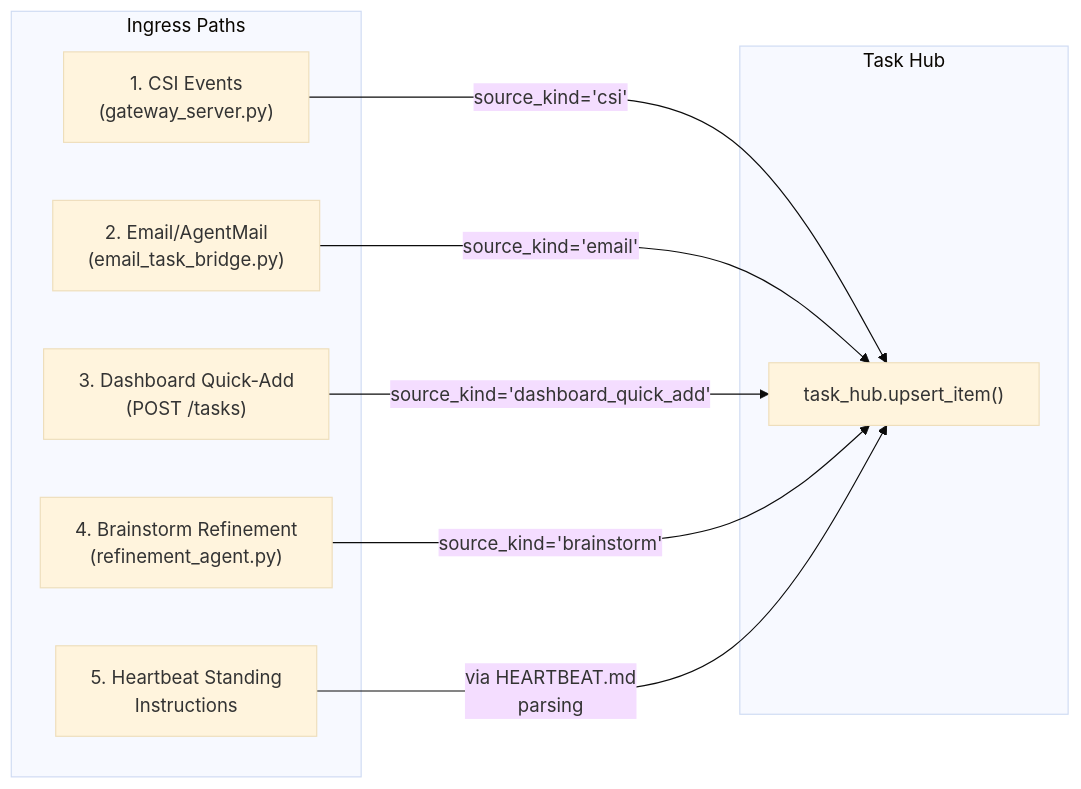
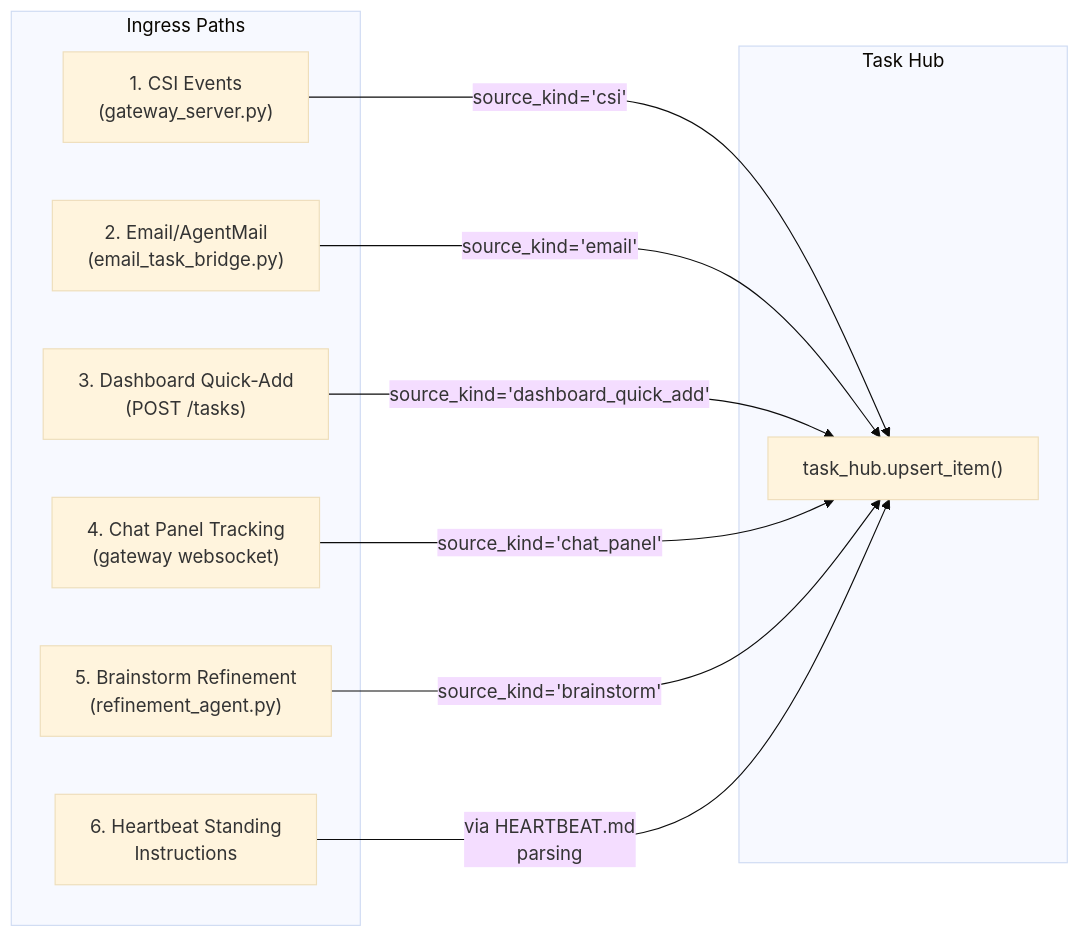
The third of 13 diagrams in docs/02_Subsystems/Proactive_Pipeline.md (Kjdragan/universal_agent), drawn with Mermaid (base theme) before and after one commit. The commit also changed other lines of this file and 9 other files, not shown here.

````diff
--- a/docs/02_Subsystems/Proactive_Pipeline.md
+++ b/docs/02_Subsystems/Proactive_Pipeline.md
@@ -159,20 +159,22 @@
 ```mermaid
 flowchart LR
     subgraph "Ingress Paths"
         I1["1. CSI Events<br/>(gateway_server.py)"]
         I2["2. Email/AgentMail<br/>(email_task_bridge.py)"]
         I3["3. Dashboard Quick-Add<br/>(POST /tasks)"]
-        I4["4. Brainstorm Refinement<br/>(refinement_agent.py)"]
-        I5["5. Heartbeat Standing<br/>Instructions"]
+        I4["4. Chat Panel Tracking<br/>(gateway websocket)"]
+        I5["5. Brainstorm Refinement<br/>(refinement_agent.py)"]
+        I6["6. Heartbeat Standing<br/>Instructions"]
     end
 
     subgraph "Task Hub"
         TH["task_hub.upsert_item()"]
     end
 
     I1 -->|"source_kind='csi'"| TH
     I2 -->|"source_kind='email'"| TH
     I3 -->|"source_kind='dashboard_quick_add'"| TH
-    I4 -->|"source_kind='brainstorm'"| TH
-    I5 -->|"via HEARTBEAT.md<br/>parsing"| TH
+    I4 -->|"source_kind='chat_panel'"| TH
+    I5 -->|"source_kind='brainstorm'"| TH
+    I6 -->|"via HEARTBEAT.md<br/>parsing"| TH
 ```
````
